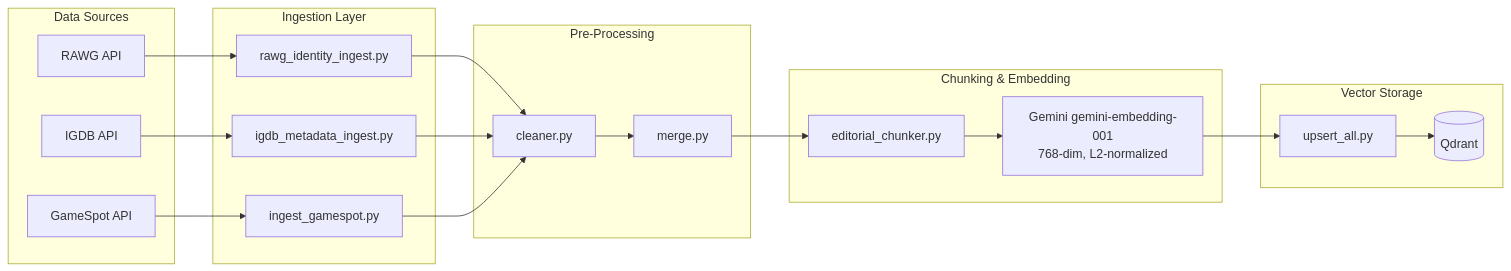
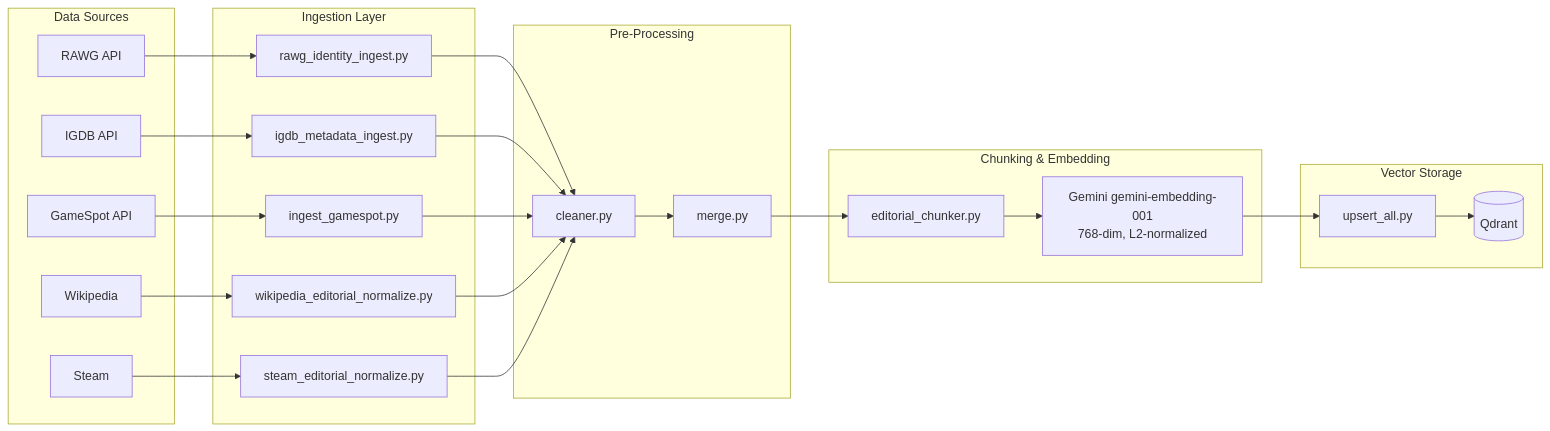
One commit to SukeshShetty1010/RAGent changed the second of 2 diagrams in README.md. Above: the diagram before and after it, drawn with Mermaid. The commit also changed other lines of this file and 6 other files, not shown here.

````diff
--- a/README.md
+++ b/README.md
@@ -86,34 +86,40 @@
 ```mermaid
 flowchart LR
     subgraph Sources["Data Sources"]
         RAWG[RAWG API]
         IGDB[IGDB API]
         GS[GameSpot API]
+        WIKI[Wikipedia]
+        STEAM[Steam]
     end
     
     subgraph Ingest["Ingestion Layer"]
         RI[rawg_identity_ingest.py]
         II[igdb_metadata_ingest.py]
         GI[ingest_gamespot.py]
+        WE[wikipedia_editorial_normalize.py]
+        SE[steam_editorial_normalize.py]
     end
     
     subgraph PreProcess["Pre-Processing"]
         CL[cleaner.py]
         MG[merge.py]
     end
     
     subgraph Chunking["Chunking & Embedding"]
         CH[editorial_chunker.py]
         EM[Gemini gemini-embedding-001<br/>768-dim, L2-normalized]
     end
     
     subgraph Vector["Vector Storage"]
         UP[upsert_all.py]
         WV[(Qdrant)]
     end
     
     RAWG --> RI --> CL
     IGDB --> II --> CL
     GS --> GI --> CL
+    WIKI --> WE --> CL
+    STEAM --> SE --> CL
     CL --> MG --> CH --> EM --> UP --> WV
 ```
````
